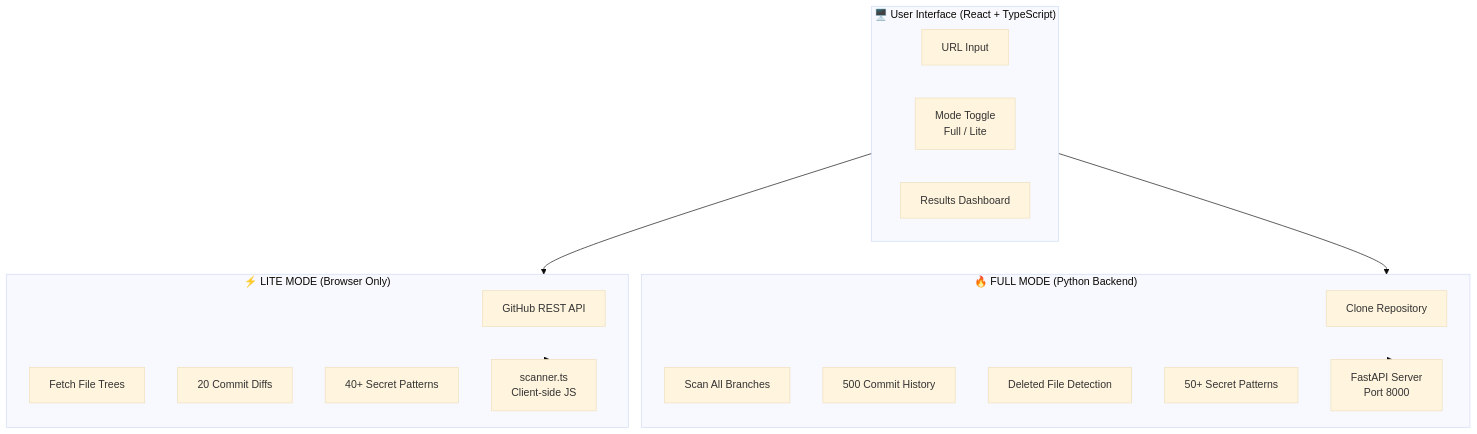
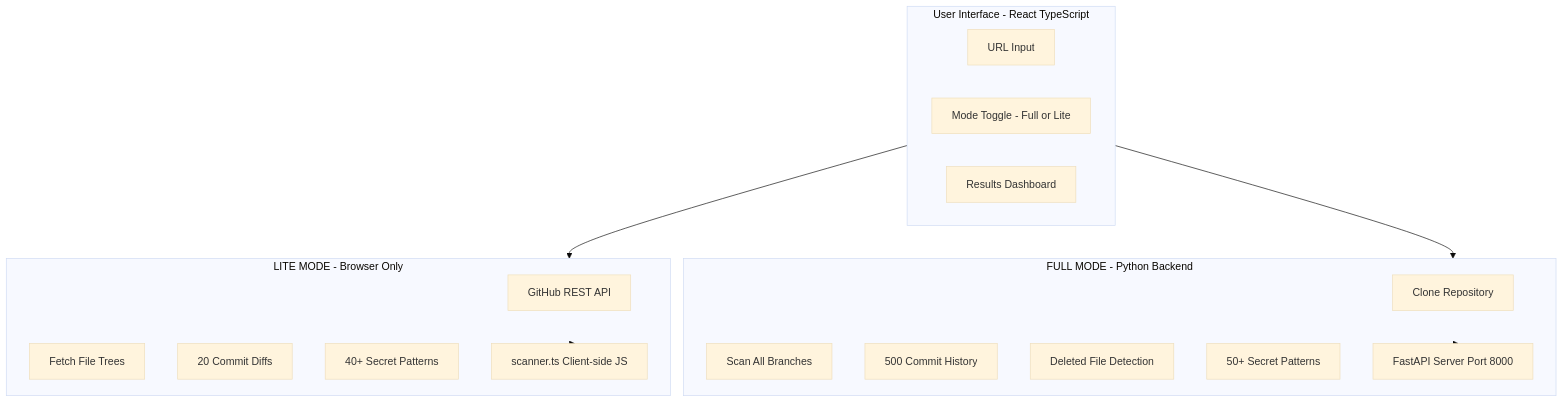
One commit to alamshoaib134/git-secret-scanner changed the first of 11 diagrams in architecture/HLD.md. Above: the diagram before and after it, drawn with Mermaid (base theme). The commit also changed other lines of this file and 1 other file, not shown here.

First line of the commit message:
Fix Mermaid syntax errors in architecture diagrams

````diff
--- a/architecture/HLD.md
+++ b/architecture/HLD.md
@@ -9,30 +9,30 @@
 ```mermaid
 flowchart TB
-    subgraph UI["🖥️ User Interface (React + TypeScript)"]
-        URL[URL Input]
-        MODE[Mode Toggle<br/>Full / Lite]
-        RESULTS[Results Dashboard]
+    subgraph UI["User Interface - React TypeScript"]
+        URL["URL Input"]
+        MODE["Mode Toggle - Full or Lite"]
+        RESULTS["Results Dashboard"]
     end
 
-    subgraph FULL["🔥 FULL MODE (Python Backend)"]
-        CLONE[Clone Repository]
-        BRANCHES[Scan All Branches]
-        COMMITS[500 Commit History]
-        DELETED[Deleted File Detection]
-        PATTERNS1[50+ Secret Patterns]
-        API[FastAPI Server<br/>Port 8000]
+    subgraph FULL["FULL MODE - Python Backend"]
+        CLONE["Clone Repository"]
+        BRANCHES["Scan All Branches"]
+        COMMITS["500 Commit History"]
+        DELETED["Deleted File Detection"]
+        PATTERNS1["50+ Secret Patterns"]
+        API["FastAPI Server Port 8000"]
     end
 
-    subgraph LITE["⚡ LITE MODE (Browser Only)"]
-        GHAPI[GitHub REST API]
-        TREES[Fetch File Trees]
-        DIFFS[20 Commit Diffs]
-        PATTERNS2[40+ Secret Patterns]
-        SCANNER[scanner.ts<br/>Client-side JS]
+    subgraph LITE["LITE MODE - Browser Only"]
+        GHAPI["GitHub REST API"]
+        TREES["Fetch File Trees"]
+        DIFFS["20 Commit Diffs"]
+        PATTERNS2["40+ Secret Patterns"]
+        SCANNER["scanner.ts Client-side JS"]
     end
 
     UI --> FULL
     UI --> LITE
     FULL --> API
     LITE --> SCANNER
 ```
````
